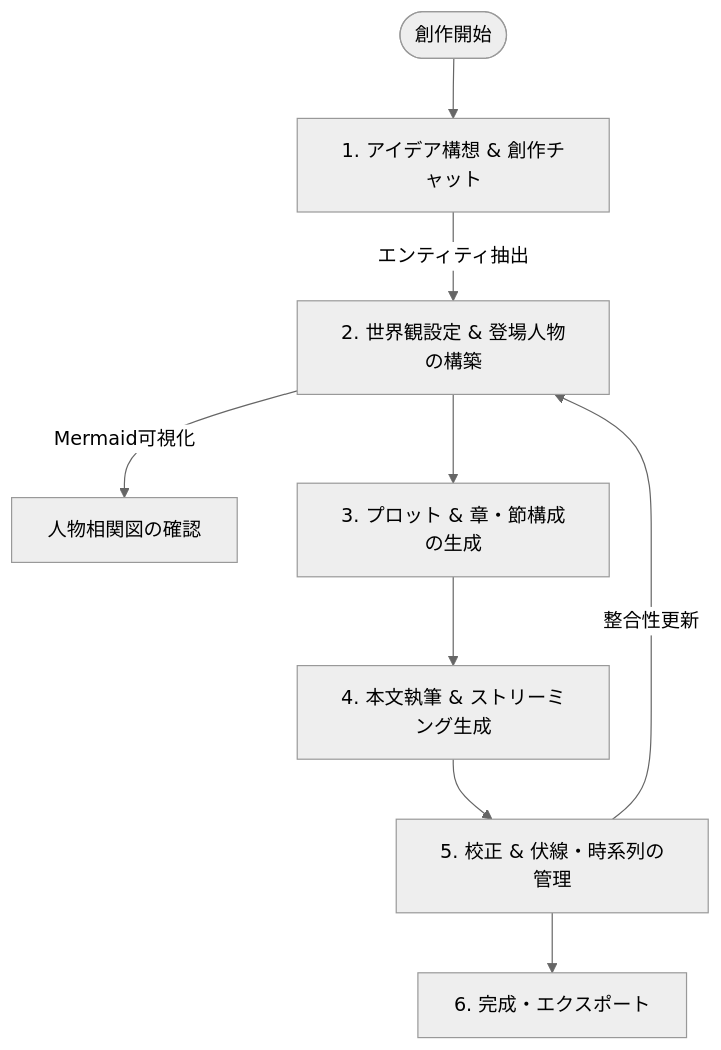
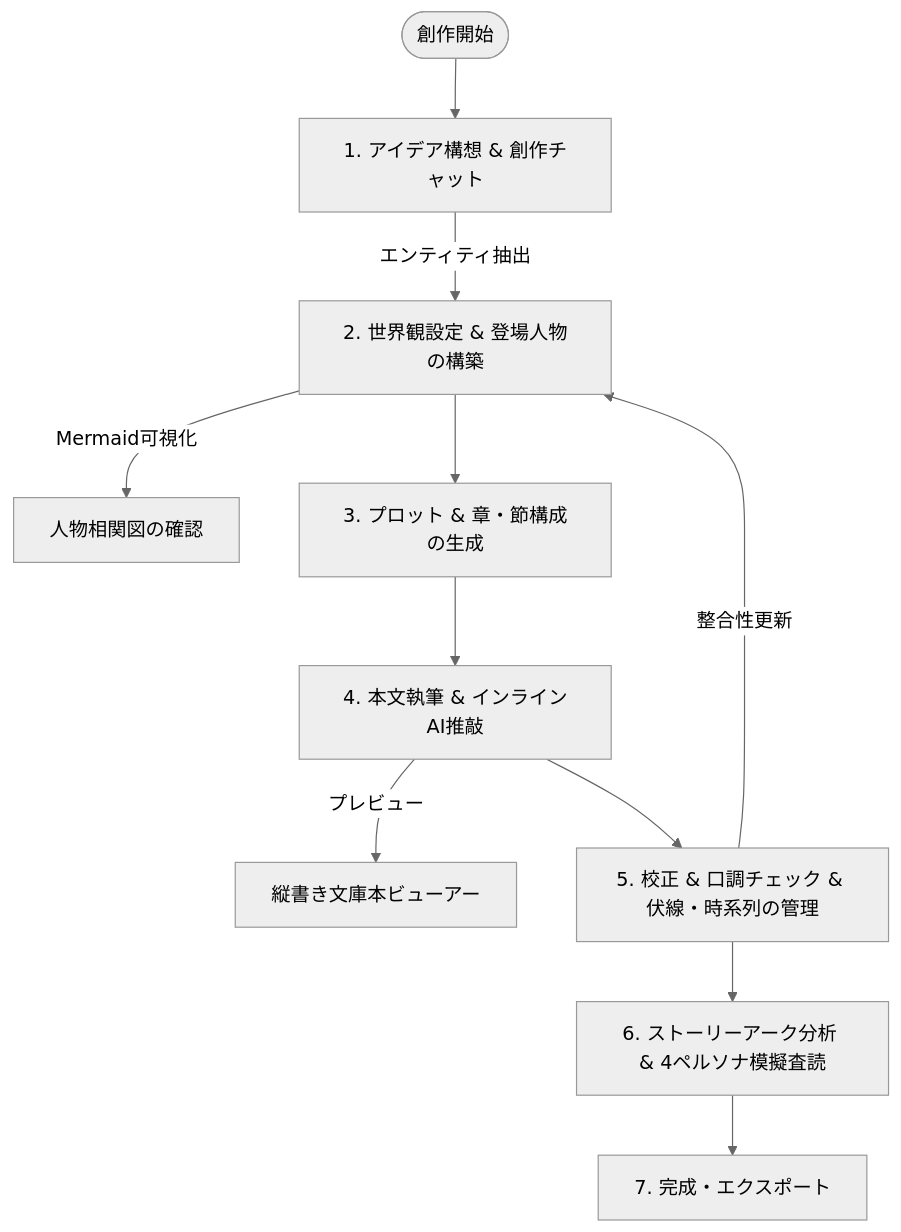
Before and after one commit to SoraKumo001/novel-creator: the diagram in doc/features-and-workflows.md, drawn with Mermaid (neutral theme). The commit also changed other lines of this file and 4 other files, not shown here.

````diff
--- a/doc/features-and-workflows.md
+++ b/doc/features-and-workflows.md
@@ -9,11 +9,13 @@
 ```mermaid
 flowchart TD
     Start([創作開始]) --> Step1[1. アイデア構想 & 創作チャット]
     Step1 -->|エンティティ抽出| Step2[2. 世界観設定 & 登場人物の構築]
     Step2 -->|Mermaid可視化| Step2_1[人物相関図の確認]
     Step2 --> Step3[3. プロット & 章・節構成の生成]
-    Step3 --> Step4[4. 本文執筆 & ストリーミング生成]
-    Step4 --> Step5[5. 校正 & 伏線・時系列の管理]
+    Step3 --> Step4[4. 本文執筆 & インラインAI推敲]
+    Step4 -->|プレビュー| Step4_1[縦書き文庫本ビューアー]
+    Step4 --> Step5[5. 校正 & 口調チェック & 伏線・時系列の管理]
     Step5 -->|整合性更新| Step2
-    Step5 --> Step6[6. 完成・エクスポート]
+    Step5 --> Step6[6. ストーリーアーク分析 & 4ペルソナ模擬査読]
+    Step6 --> Step7[7. 完成・エクスポート]
 ```
````
